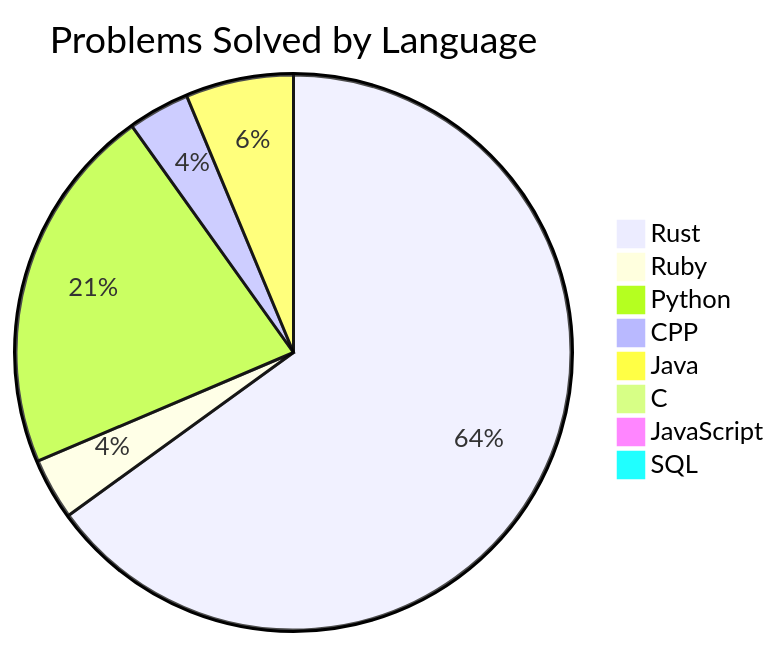
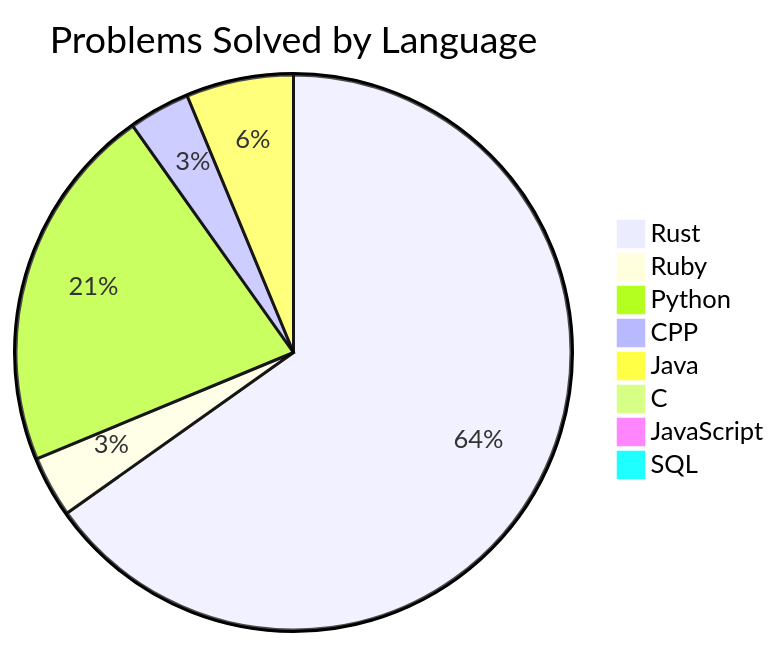
Before and after one commit to Liam-Wirth/leetcode-solutions: the second of 2 diagrams in README.md, drawn with Mermaid. The commit also changed other lines of this file and 6 other files, not shown here.

````diff
--- a/README.md
+++ b/README.md
@@ -46,11 +46,11 @@
 ```mermaid
 pie title Problems Solved by Language
-    "Rust": 145
+    "Rust": 146
     "Ruby": 8
     "Python": 48
     "CPP": 8
     "Java": 14
     "C": 1
     "JavaScript": 2
     "SQL": 2
 ```
````
